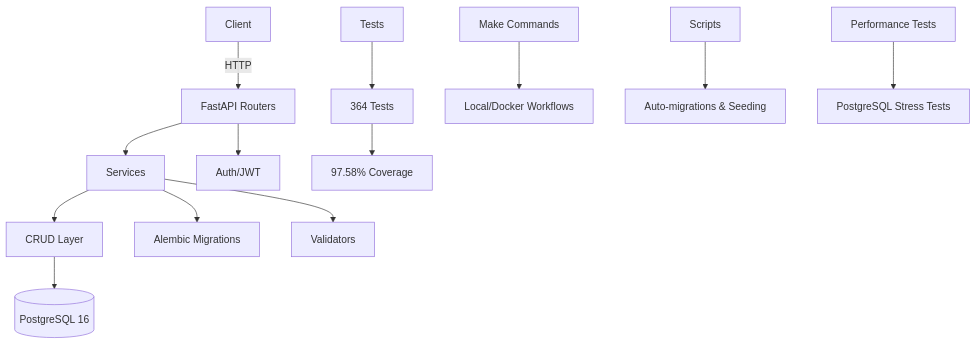
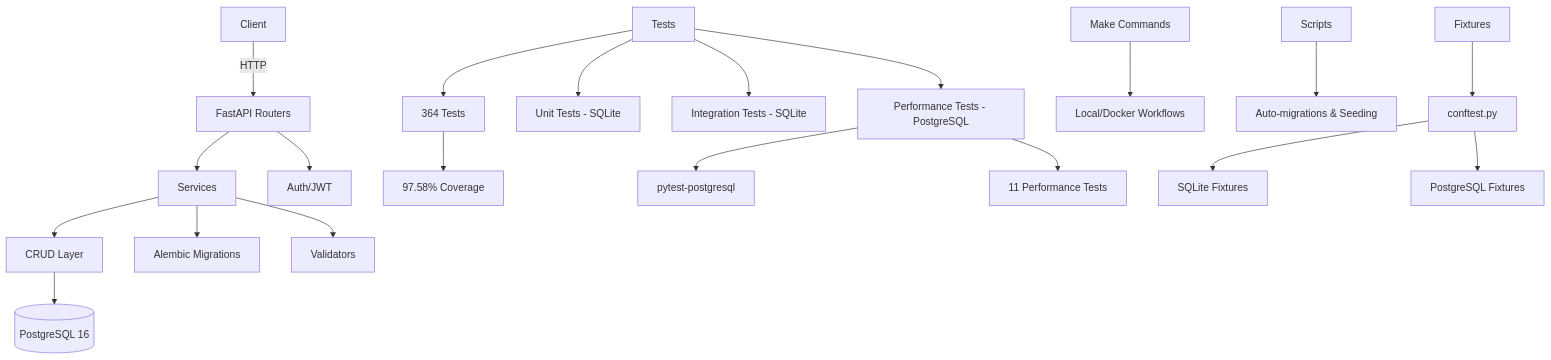
Before and after one commit to AndreyZherdetskiy/balance-hub: the diagram in README.md, drawn with Mermaid. The commit also changed other lines of this file and 5 other files, not shown here.

First line of the commit message:
Integrate pytest-postgresql for performance testing

````diff
--- a/README.md
+++ b/README.md
@@ -58,15 +58,22 @@
 ```mermaid
 flowchart TD
   A[Client] -->|HTTP| B[FastAPI Routers]
   B --> C[Services]
   C --> D[CRUD Layer]
   D --> E[(PostgreSQL 16)]
   B --> F[Auth/JWT]
   C --> G[Alembic Migrations]
   C --> H[Validators]
   I[Tests] --> J[364 Tests]
   J --> K[97.58% Coverage]
-  L[Make Commands] --> M[Local/Docker Workflows]
-  N[Scripts] --> O[Auto-migrations & Seeding]
-  P[Performance Tests] --> Q[PostgreSQL Stress Tests]
+  I --> L[Unit Tests - SQLite]
+  I --> M[Integration Tests - SQLite]
+  I --> N[Performance Tests - PostgreSQL]
+  N --> O[pytest-postgresql]
+  N --> P[11 Performance Tests]
+  Q[Make Commands] --> R[Local/Docker Workflows]
+  S[Scripts] --> T[Auto-migrations & Seeding]
+  U[Fixtures] --> V[conftest.py]
+  V --> W[SQLite Fixtures]
+  V --> X[PostgreSQL Fixtures]
 ```
````
